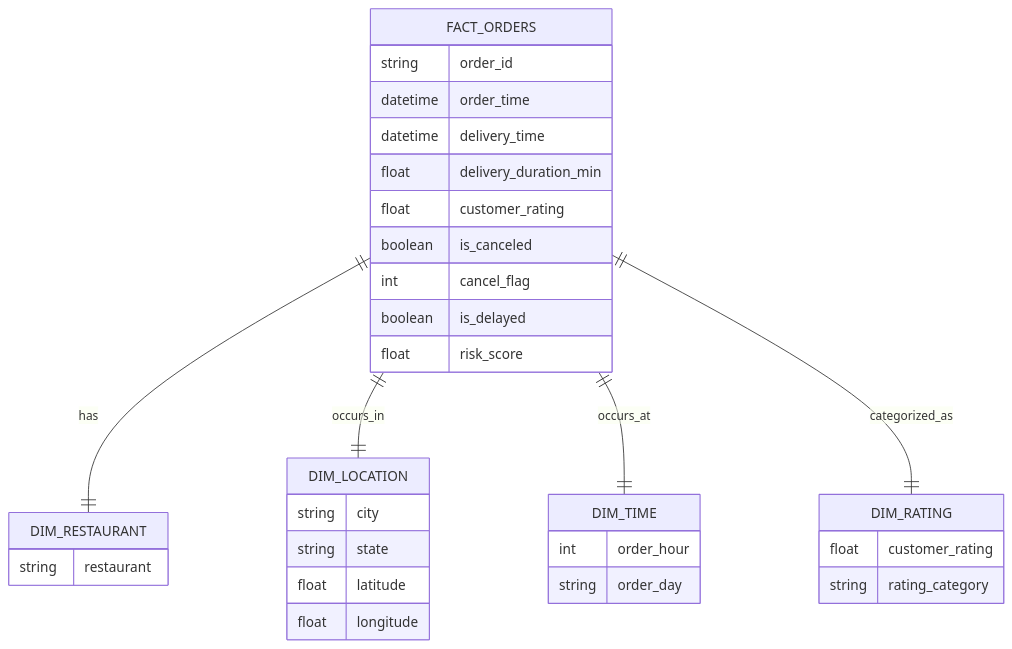
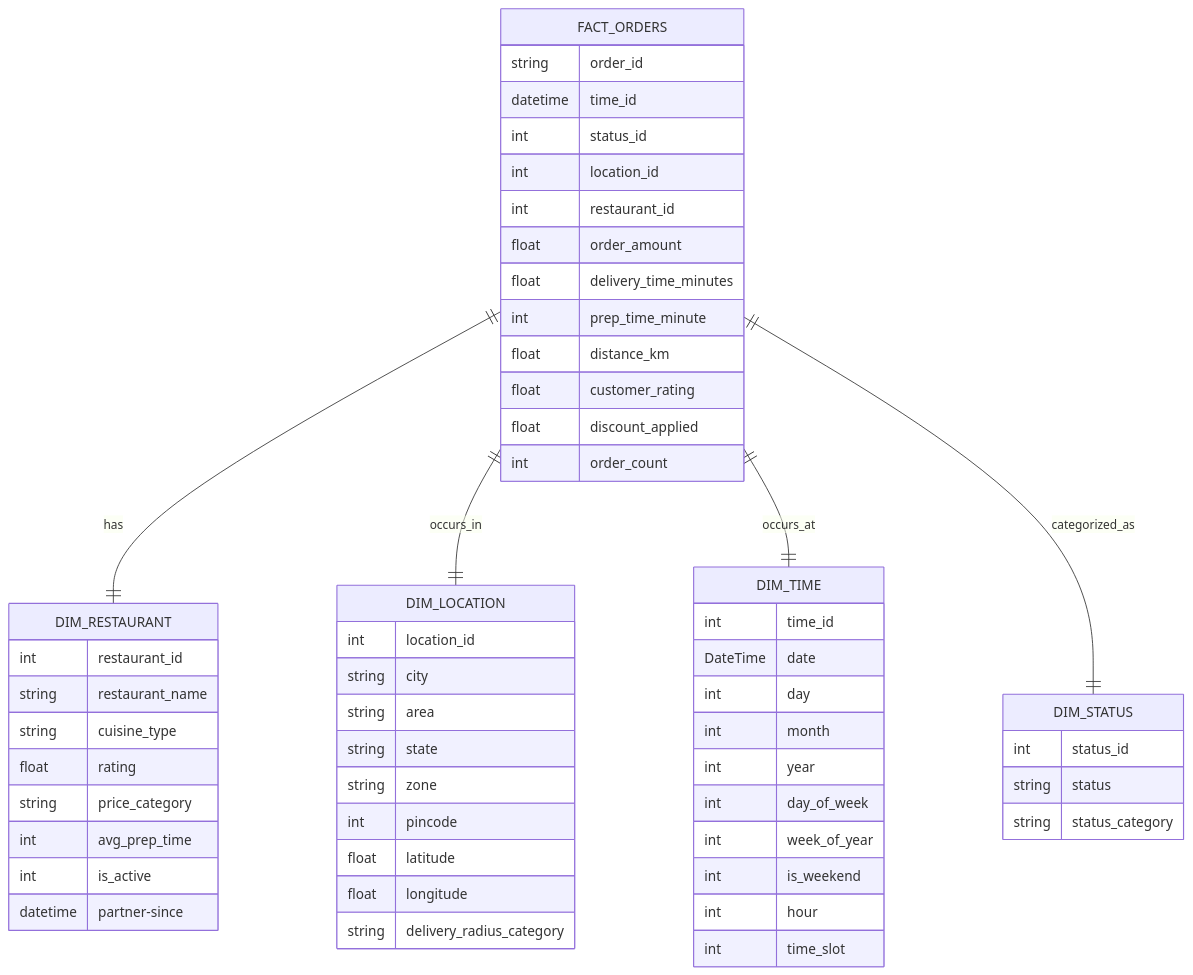
The diagram in README.md (mitesh-wani/DWBI_ETL-using-Apache-Airflow-docker), drawn with Mermaid before and after one commit. The commit also changed other lines of this file, not shown here.

Commit message:
update star schema

````diff
--- a/README.md
+++ b/README.md
@@ -208,41 +209,66 @@
 ```mermaid
 erDiagram
 
     FACT_ORDERS {
         string order_id
-        datetime order_time
-        datetime delivery_time
-        float delivery_duration_min
+        datetime time_id
+        int status_id
+        int location_id
+        int restaurant_id
+        float order_amount
+        float delivery_time_minutes
+        int prep_time_minute
+        float distance_km
         float customer_rating
-        boolean is_canceled
-        int cancel_flag
-        boolean is_delayed
-        float risk_score
+        float discount_applied
+        int order_count
+    }
+
+    DIM_STATUS {
+        int status_id
+        string status
+        string status_category
+    }
+
+    DIM_LOCATION {
+        int location_id
+        string city
+        string area
+        string state
+        string zone
+        int pincode
+        float latitude
+        float longitude
+        string delivery_radius_category
+    }
+
+    DIM_TIME {
+        int time_id
+        DateTime date
+        int day
+        int month
+        int year
+        int day_of_week
+        int week_of_year
+        int is_weekend
+        int hour
+        int time_slot
+
     }
 
     DIM_RESTAURANT {
-        string restaurant
-    }
-
-    DIM_LOCATION {
-        string city
-        string state
-        float latitude
-        float longitude
-    }
-
-    DIM_TIME {
-        int order_hour
-        string order_day
-    }
-
-    DIM_RATING {
-        float customer_rating
-        string rating_category
+        int restaurant_id
+        string restaurant_name
+        string cuisine_type
+        float rating
+        string price_category
+        int avg_prep_time
+        int is_active
+        datetime partner-since
     }
 
     FACT_ORDERS ||--|| DIM_RESTAURANT : has
     FACT_ORDERS ||--|| DIM_LOCATION : occurs_in
     FACT_ORDERS ||--|| DIM_TIME : occurs_at
-    FACT_ORDERS ||--|| DIM_RATING : categorized_as
+    FACT_ORDERS ||--|| DIM_STATUS : categorized_as
 ```
````
